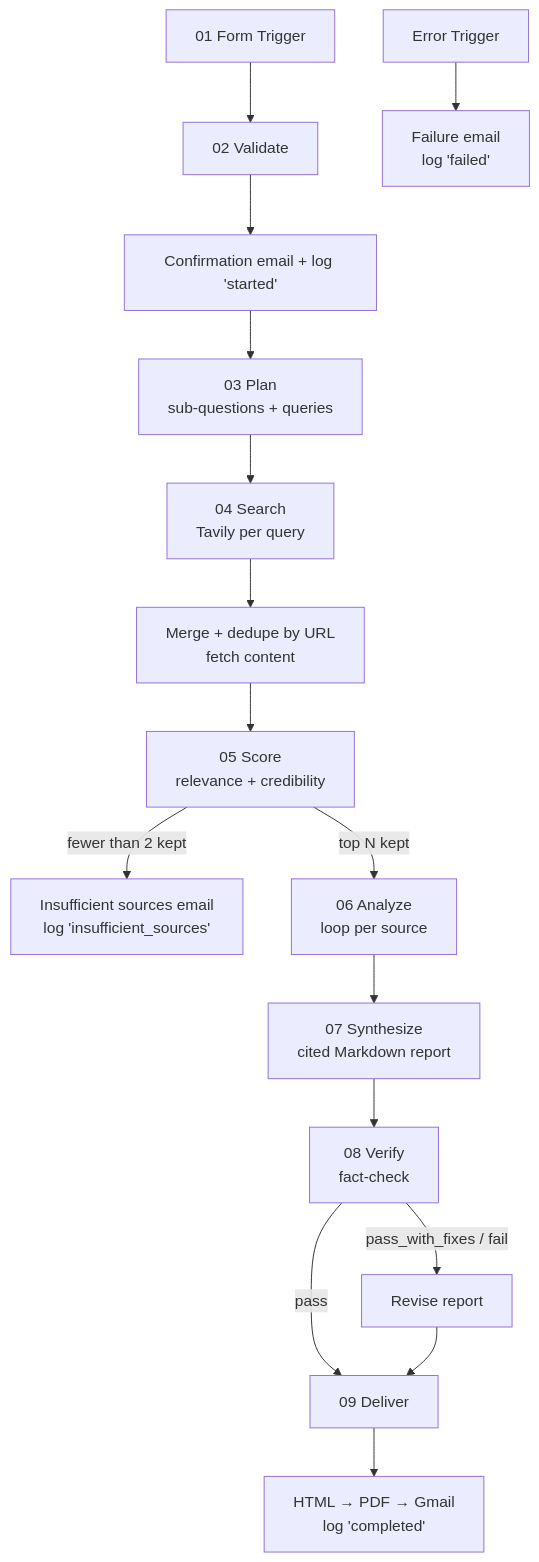
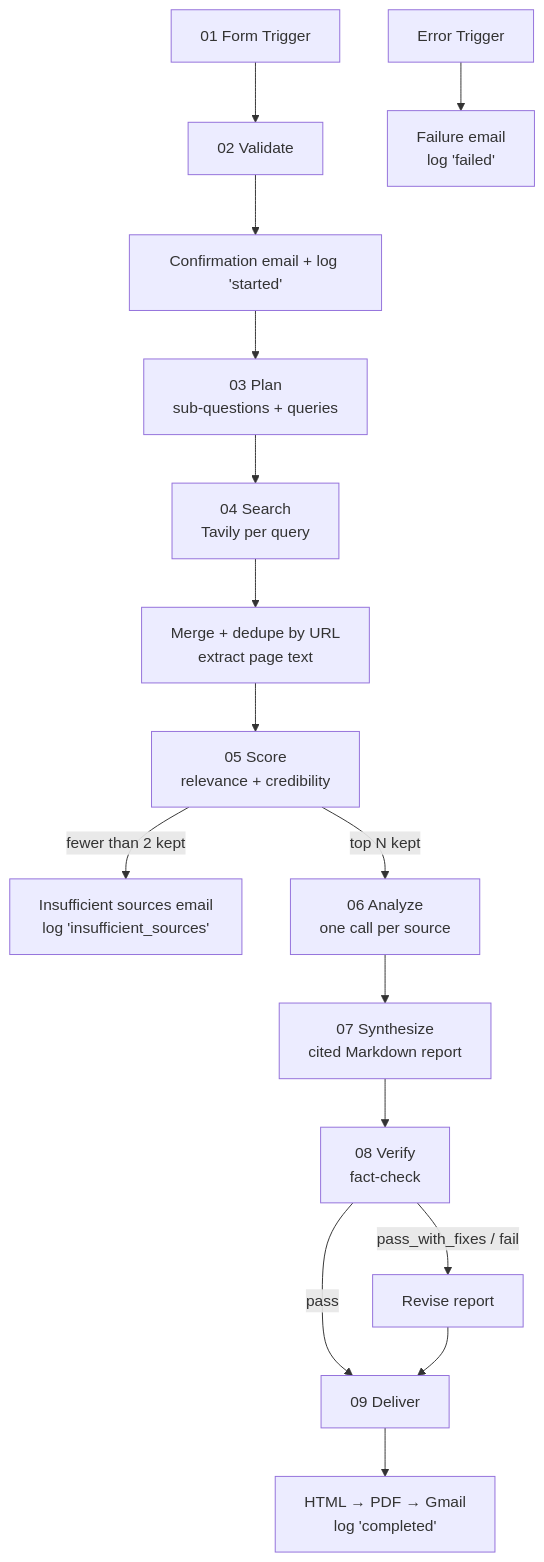
The diagram in README.md (tsionbirhanu/researchflow-ai), drawn with Mermaid before and after one commit. The commit also changed other lines of this file and 3 other files, not shown here.

````diff
--- a/README.md
+++ b/README.md
@@ -20,19 +21,19 @@
 ```mermaid
 flowchart TD
     A[01 Form Trigger] --> B[02 Validate]
     B --> C[Confirmation email + log 'started']
     C --> D[03 Plan<br/>sub-questions + queries]
     D --> E[04 Search<br/>Tavily per query]
-    E --> F[Merge + dedupe by URL<br/>fetch content]
+    E --> F[Merge + dedupe by URL<br/>extract page text]
     F --> G[05 Score<br/>relevance + credibility]
     G -->|fewer than 2 kept| X[Insufficient sources email<br/>log 'insufficient_sources']
-    G -->|top N kept| H[06 Analyze<br/>loop per source]
+    G -->|top N kept| H[06 Analyze<br/>one call per source]
     H --> I[07 Synthesize<br/>cited Markdown report]
     I --> J[08 Verify<br/>fact-check]
     J -->|pass| L[09 Deliver]
     J -->|pass_with_fixes / fail| K[Revise report]
     K --> L
     L --> M[HTML → PDF → Gmail<br/>log 'completed']
 
     Z[Error Trigger] --> Y[Failure email<br/>log 'failed']
 ```
````
